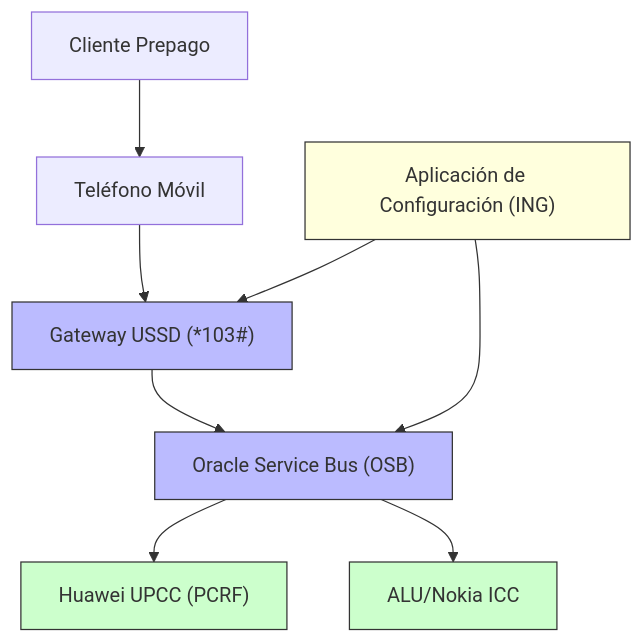
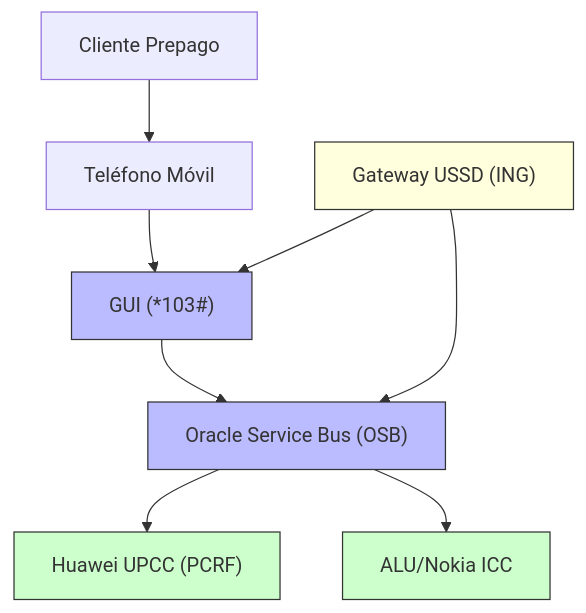
Before and after one commit to SalomonOctavio/Canal-ussd: the diagram in diagrams/arquitectura-ussd.mmd, drawn with Mermaid.

Commit message:
chore(diagram): ajustes visuales en arquitectura USSD

```diff
--- a/diagrams/arquitectura-ussd.mmd
+++ b/diagrams/arquitectura-ussd.mmd
@@ -1,21 +1,21 @@
 graph TD
   CLIENTE[Cliente Prepago]
   CELULAR[Teléfono Móvil]
-  USSDGW["Gateway USSD (*103#)"]
+  USSDGW["GUI (*103#)"]
   OSB["Oracle Service Bus (OSB)"]
   PCRF["Huawei UPCC (PCRF)"]
   ICC["ALU/Nokia ICC"]
-  ING["Aplicación de Configuración (ING)"]
+  ING["Gateway USSD (ING)"]
 
   CLIENTE --> CELULAR --> USSDGW
   USSDGW --> OSB
   OSB --> PCRF
   OSB --> ICC
   ING --> USSDGW
   ING --> OSB
 
   style USSDGW fill:#bbf,stroke:#333
   style OSB fill:#bbf,stroke:#333
   style PCRF fill:#cfc,stroke:#333
   style ICC fill:#cfc,stroke:#333
   style ING fill:#ffd,stroke:#333
```
